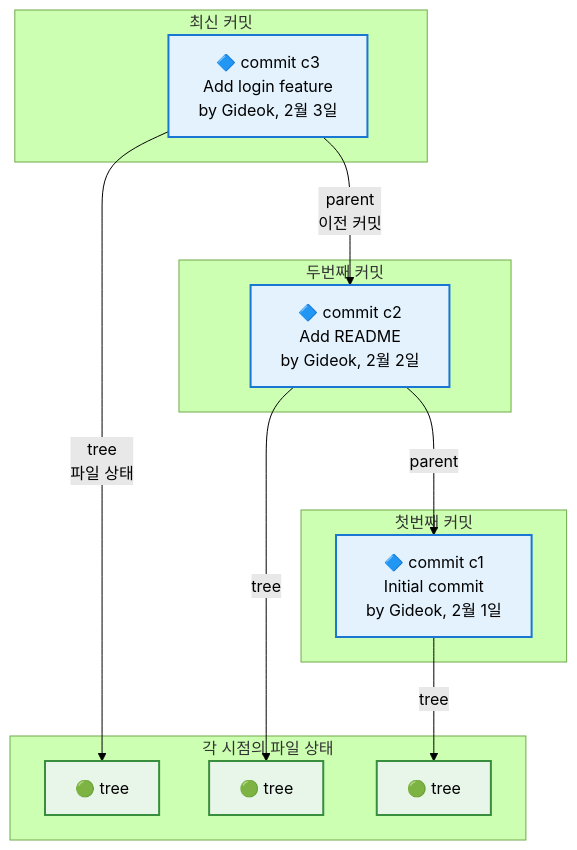
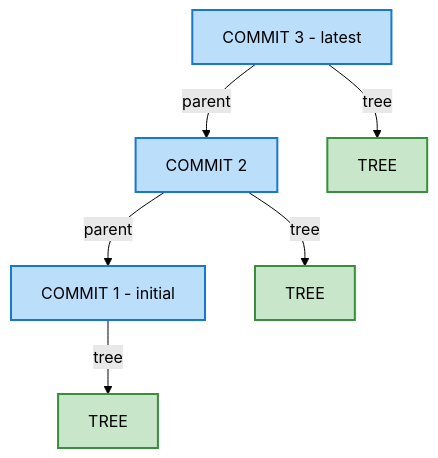
Before and after one commit to hiddenpunch/hiddenpunch.github.io: the fourth of 8 diagrams in content/posts/git-internals-01-object-storage.md, drawn with Mermaid (forest theme). The commit also changed other lines of this file, not shown here.

Commit message:
Simplify Mermaid: English only, code blocks

````diff
--- a/content/posts/git-internals-01-object-storage.md
+++ b/content/posts/git-internals-01-object-storage.md
@@ -158,34 +141,22 @@
-<div class="mermaid">
+```mermaid
 flowchart TB
-    subgraph latest[최신 커밋]
-        C3[🔷 commit c3<br/>Add login feature<br/>by Gideok, 2월 3일]
-    end
+    C3[COMMIT 3 - latest]
+    C2[COMMIT 2]
+    C1[COMMIT 1 - initial]
+    T3[TREE]
+    T2[TREE]
+    T1[TREE]
     
-    subgraph second[두번째 커밋]
-        C2[🔷 commit c2<br/>Add README<br/>by Gideok, 2월 2일]
-    end
+    C3 -->|parent| C2
+    C2 -->|parent| C1
+    C3 -->|tree| T3
+    C2 -->|tree| T2
+    C1 -->|tree| T1
     
-    subgraph first[첫번째 커밋]
-        C1[🔷 commit c1<br/>Initial commit<br/>by Gideok, 2월 1일]
-    end
-    
-    subgraph trees[각 시점의 파일 상태]
-        T3[🟢 tree]
-        T2[🟢 tree]
-        T1[🟢 tree]
-    end
-    
-    C3 -->|"parent<br/>이전 커밋"| C2
-    C2 -->|"parent"| C1
-    
-    C3 -->|"tree<br/>파일 상태"| T3
-    C2 -->|"tree"| T2
-    C1 -->|"tree"| T1
-    
-    style C3 fill:#e3f2fd,stroke:#1976d2,stroke-width:2px
-    style C2 fill:#e3f2fd,stroke:#1976d2,stroke-width:2px
-    style C1 fill:#e3f2fd,stroke:#1976d2,stroke-width:2px
-    style T3 fill:#e8f5e9,stroke:#388e3c,stroke-width:2px
-    style T2 fill:#e8f5e9,stroke:#388e3c,stroke-width:2px
-    style T1 fill:#e8f5e9,stroke:#388e3c,stroke-width:2px
-</div>
+    style C3 fill:#bbdefb,stroke:#1976d2,stroke-width:2px
+    style C2 fill:#bbdefb,stroke:#1976d2,stroke-width:2px
+    style C1 fill:#bbdefb,stroke:#1976d2,stroke-width:2px
+    style T3 fill:#c8e6c9,stroke:#388e3c,stroke-width:2px
+    style T2 fill:#c8e6c9,stroke:#388e3c,stroke-width:2px
+    style T1 fill:#c8e6c9,stroke:#388e3c,stroke-width:2px
+```
````
